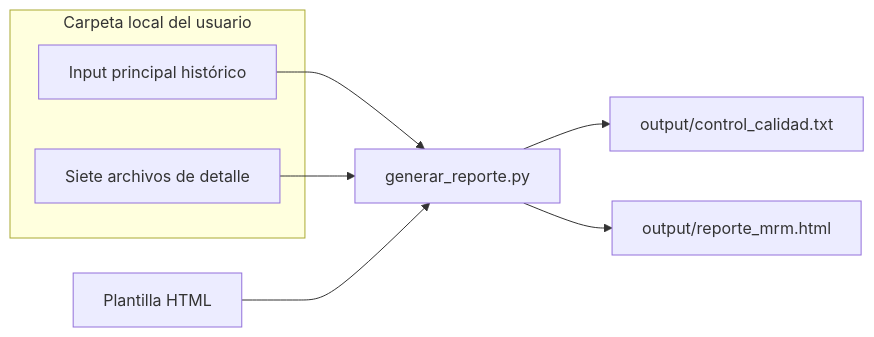
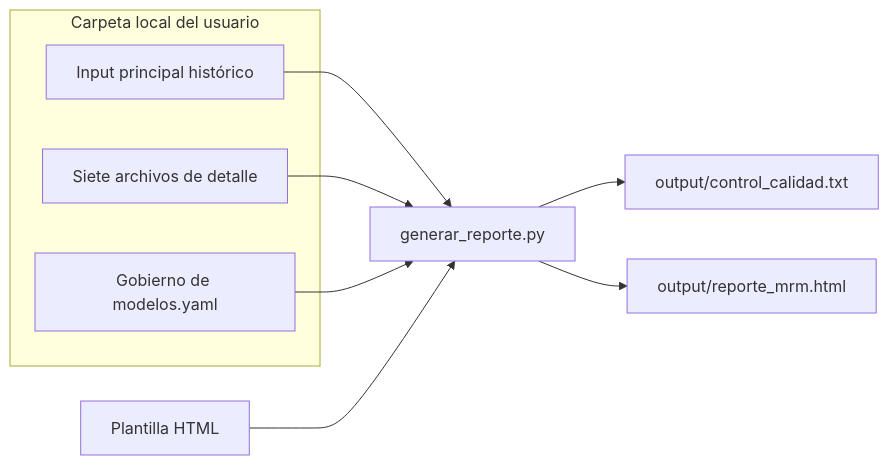
One commit to DanteBarreto/Score-MRM-2.0 changed the diagram in README.md. Above: the diagram before and after it, drawn with Mermaid. The commit also changed other lines of this file and 23 other files, not shown here.

````diff
--- a/README.md
+++ b/README.md
@@ -43,12 +43,14 @@
 ```mermaid
 flowchart LR
     subgraph L[Carpeta local del usuario]
       A[Input principal histórico]
       B[Siete archivos de detalle]
+      G[Gobierno de modelos.yaml]
     end
     A --> D[generar_reporte.py]
     B --> D
+    G --> D
     T[Plantilla HTML] --> D
     D --> Q[output/control_calidad.txt]
     D --> R[output/reporte_mrm.html]
 ```
````
